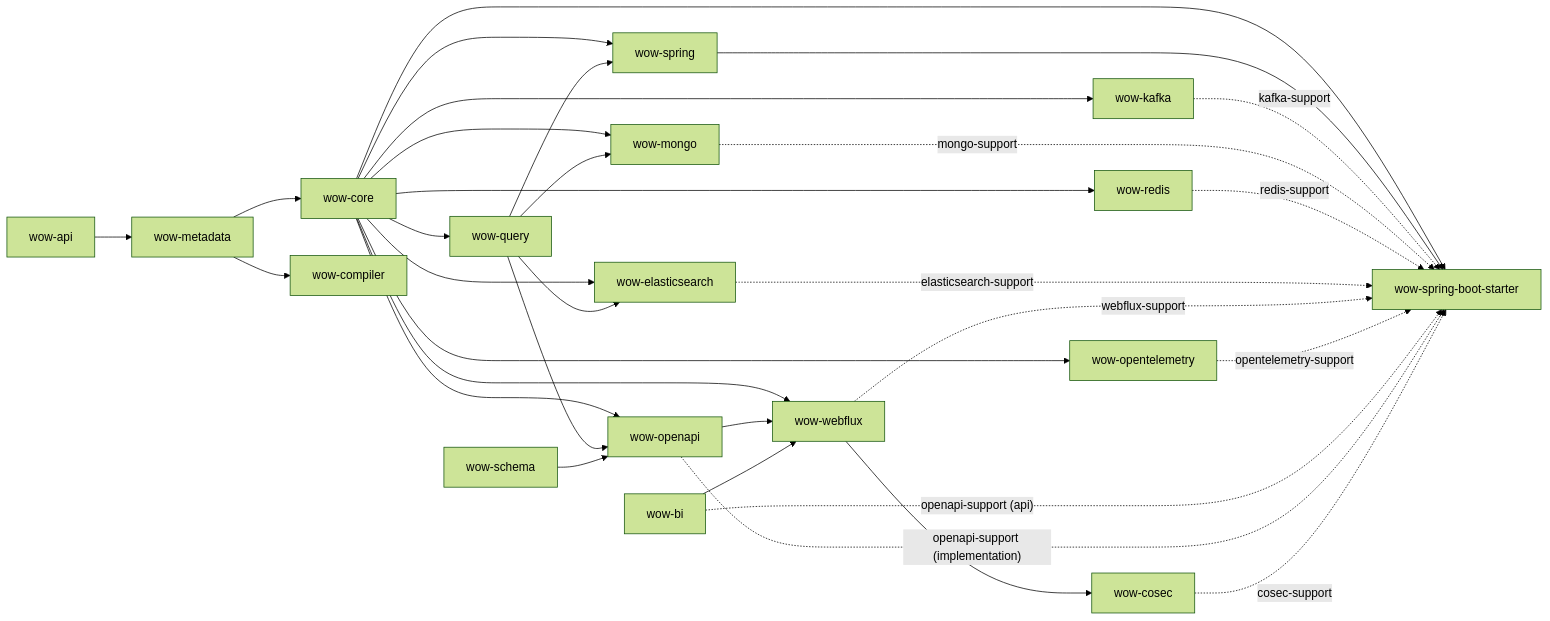
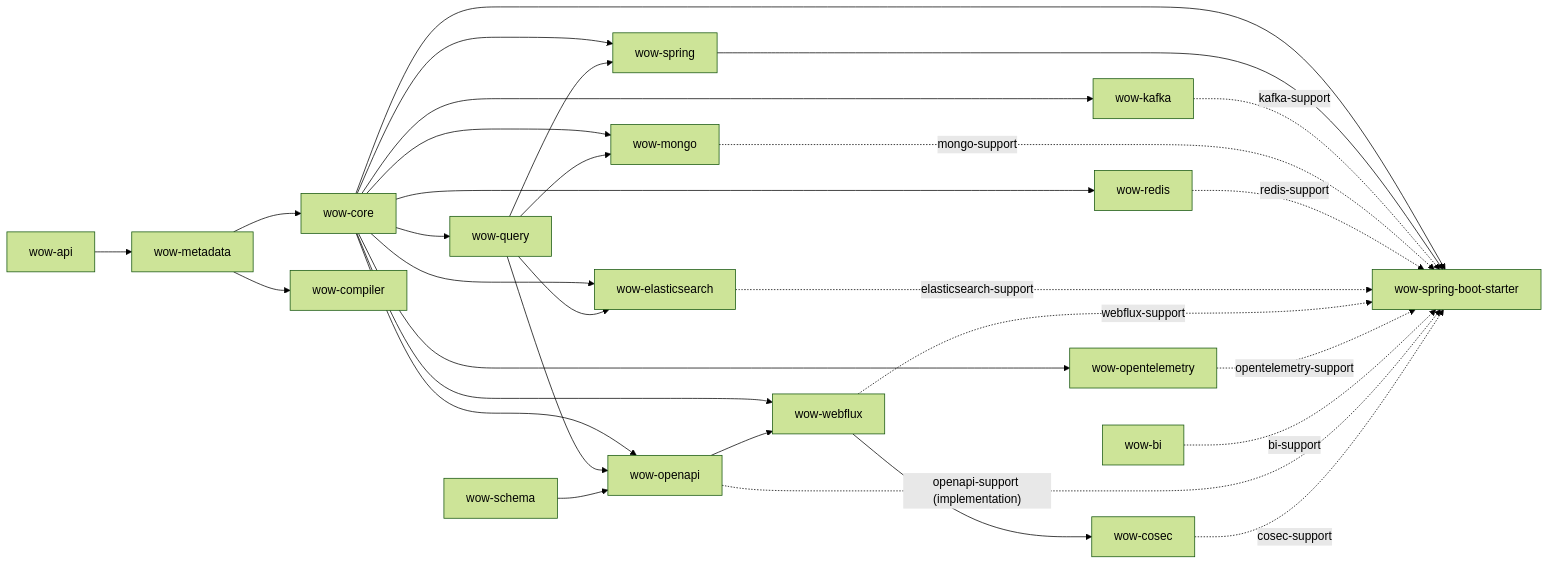
One commit to Ahoo-Wang/Wow changed the diagram in documentation/docs/en/guide/advanced/module-dependencies.md. Above: the diagram before and after it, drawn with Mermaid (forest theme). The commit also changed other lines of this file and 40 other files, not shown here.

First line of the commit message:
refactor(webflux)!: BI script route leaves the HTTP adapter; apps that serve it add wow-bi (Q1) (#3959)

````diff
--- a/documentation/docs/en/guide/advanced/module-dependencies.md
+++ b/documentation/docs/en/guide/advanced/module-dependencies.md
@@ -46,37 +46,36 @@
 ```mermaid
 graph LR
     API[wow-api] --> META[wow-metadata]
     META --> CORE[wow-core]
     META --> COMPILER[wow-compiler]
     CORE --> QUERY[wow-query]
     CORE --> SPRING[wow-spring]
     QUERY --> SPRING
     CORE --> STARTER[wow-spring-boot-starter]
     SPRING --> STARTER
 
     CORE --> KAFKA[wow-kafka]
     CORE --> MONGO[wow-mongo]
     QUERY --> MONGO
     CORE --> REDIS[wow-redis]
     CORE --> ES[wow-elasticsearch]
     QUERY --> ES
 
     CORE --> OPENAPI[wow-openapi]
     QUERY --> OPENAPI
     SCHEMA[wow-schema] --> OPENAPI
     CORE --> WEBFLUX[wow-webflux]
     OPENAPI --> WEBFLUX
-    BI[wow-bi] --> WEBFLUX
     CORE --> OTEL[wow-opentelemetry]
     WEBFLUX --> COSEC[wow-cosec]
 
     KAFKA -. kafka-support .-> STARTER
     MONGO -. mongo-support .-> STARTER
     REDIS -. redis-support .-> STARTER
     ES -. elasticsearch-support .-> STARTER
     WEBFLUX -. webflux-support .-> STARTER
     OTEL -. opentelemetry-support .-> STARTER
-    BI -. "openapi-support (api)" .-> STARTER
+    BI[wow-bi] -. bi-support .-> STARTER
     OPENAPI -. "openapi-support (implementation)" .-> STARTER
     COSEC -. cosec-support .-> STARTER
 ```
````
